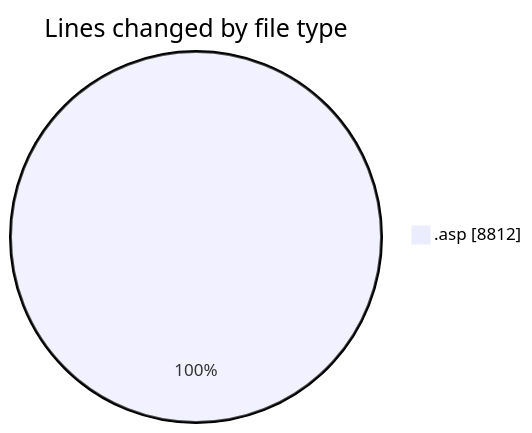
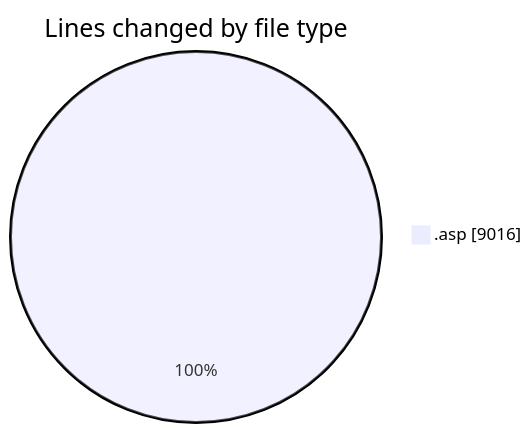
The first of 2 diagrams in 2025-11-27/cdp_aleoudev_fr__workspace_/README.md (julien-gomy/code-tracking), drawn with Mermaid before and after one commit. The commit also changed other lines of this file and 1 other file, not shown here.

````diff
--- a/2025-11-27/cdp_aleoudev_fr__workspace_/README.md
+++ b/2025-11-27/cdp_aleoudev_fr__workspace_/README.md
@@ -23,5 +24,5 @@
 ```mermaid
 pie showData
 title Lines changed by file type
-".asp" : 8812
+".asp" : 9016
 ```
````
